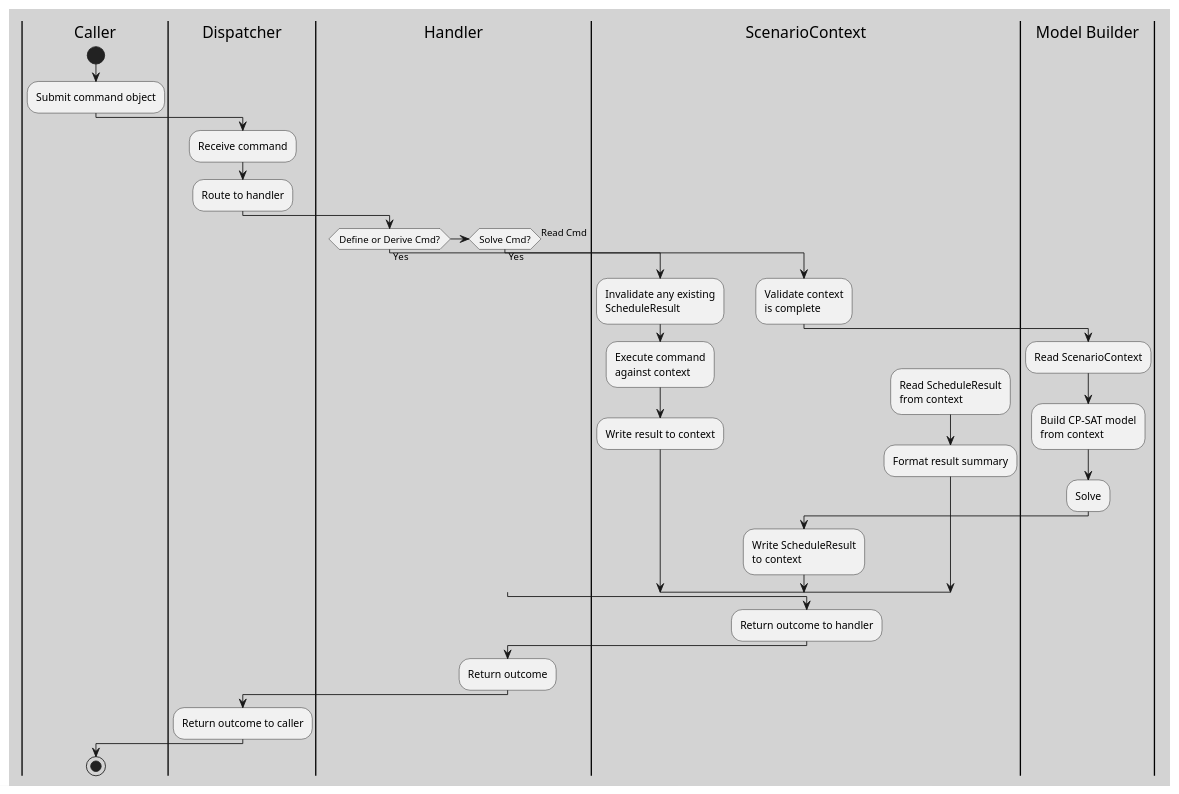
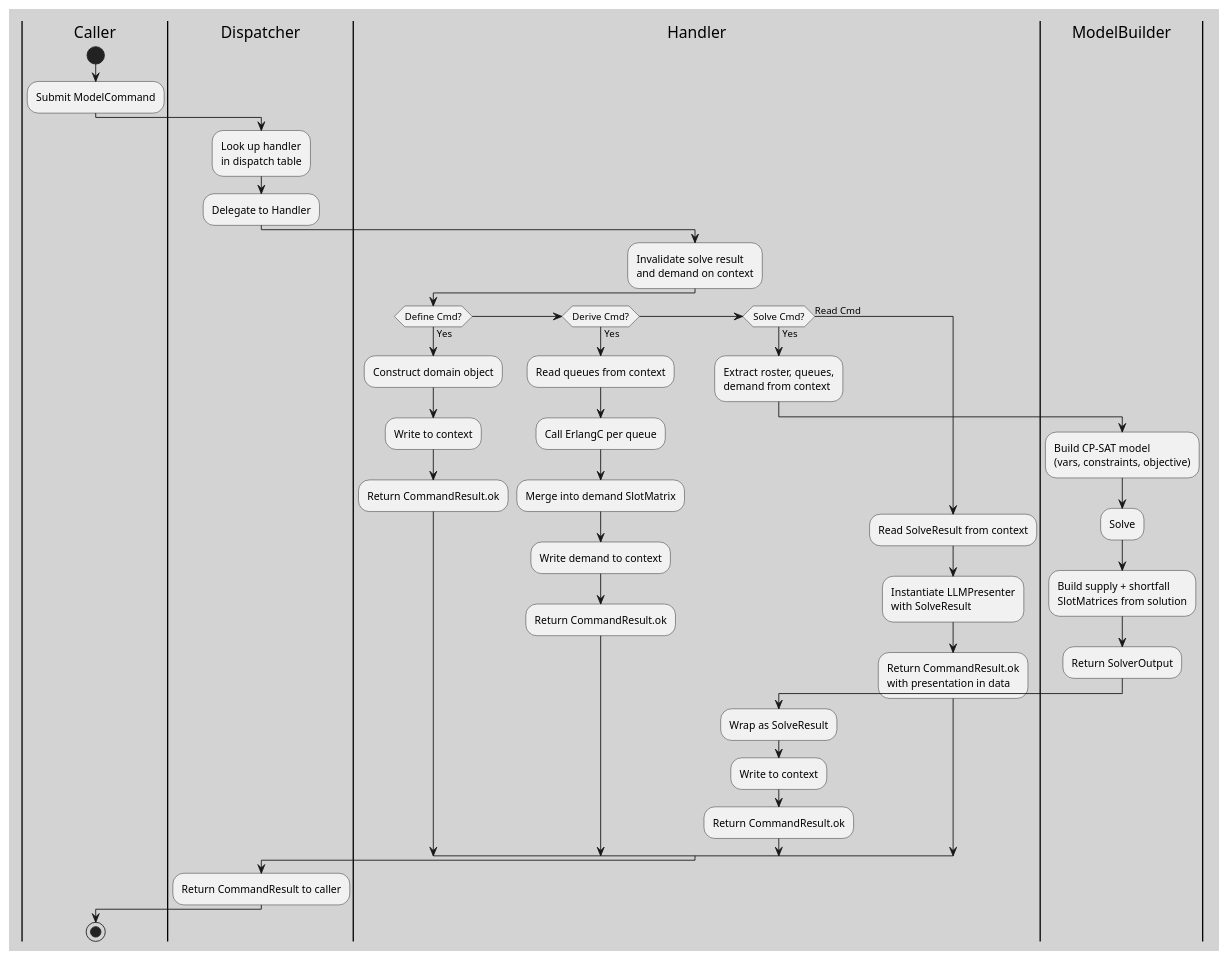
One commit to neon-tetra/schedule-architect changed the diagram in docs/uml/dispatch_activity.puml. Above: the diagram before and after it, drawn with PlantUML. The commit also changed 10 other files, not shown here.

Commit message:
Last commit before presenter update - updated all puml, removed/updated all references to callenvironment/scheduletype/skill/etc - everything now aligned with new domain model - no dependency issues, clean interfaces, no redundant dataclasses

```diff
--- a/docs/uml/dispatch_activity.puml
+++ b/docs/uml/dispatch_activity.puml
@@ -1,51 +1,60 @@
 @startuml engine_activity
 
 skinparam backgroundColor #D3D3D3
+skinparam defaultFontName Segoe UI
 
 |Caller|
 |Dispatcher|
 |Handler|
-|ScenarioContext|
-|Model Builder|
+|ModelBuilder|
 
 |Caller|
 start
-:Submit command object;
+:Submit ModelCommand;
 
 |Dispatcher|
-:Receive command;
-:Route to handler;
+:Look up handler\nin dispatch table;
+:Delegate to Handler;
 
 |Handler|
-if (Define or Derive Cmd?) then (Yes)
-    |ScenarioContext|
-    :Invalidate any existing\nScheduleResult;
-    :Execute command\nagainst context;
-    :Write result to context;
+:Invalidate solve result\nand demand on context;
+
+if (Define Cmd?) then (Yes)
+    :Construct domain object;
+    :Write to context;
+    :Return CommandResult.ok;
+
+else if (Derive Cmd?) then (Yes)
+' this feels weird , erlang being the only derive
+    :Read queues from context;
+    :Call ErlangC per queue;
+    :Merge into demand SlotMatrix;
+    :Write demand to context;
+    :Return CommandResult.ok;
+
 else if (Solve Cmd?) then (Yes)
-    |ScenarioContext|
-    :Validate context\nis complete;
-    |Model Builder|
-    :Read ScenarioContext;
-    :Build CP-SAT model\nfrom context;
+    :Extract roster, queues,\ndemand from context;
+    |ModelBuilder|
+    :Build CP-SAT model\n(vars, constraints, objective);
     :Solve;
-    |ScenarioContext|
-    :Write ScheduleResult\nto context;
+    :Build supply + shortfall\nSlotMatrices from solution;
+    :Return SolverOutput;
+    |Handler|
+    :Wrap as SolveResult;
+    :Write to context;
+    :Return CommandResult.ok;
+
 else (Read Cmd)
-    |ScenarioContext|
-    :Read ScheduleResult\nfrom context;
-    :Format result summary;
+    :Read SolveResult from context;
+    :Instantiate LLMPresenter\nwith SolveResult;
+    :Return CommandResult.ok\nwith presentation in data;
+
 endif
-|ScenarioContext|
-:Return outcome to handler;
-
-|Handler|
-:Return outcome;
 
 |Dispatcher|
-:Return outcome to caller;
+:Return CommandResult to caller;
 
 |Caller|
 stop
 
 @enduml
```
